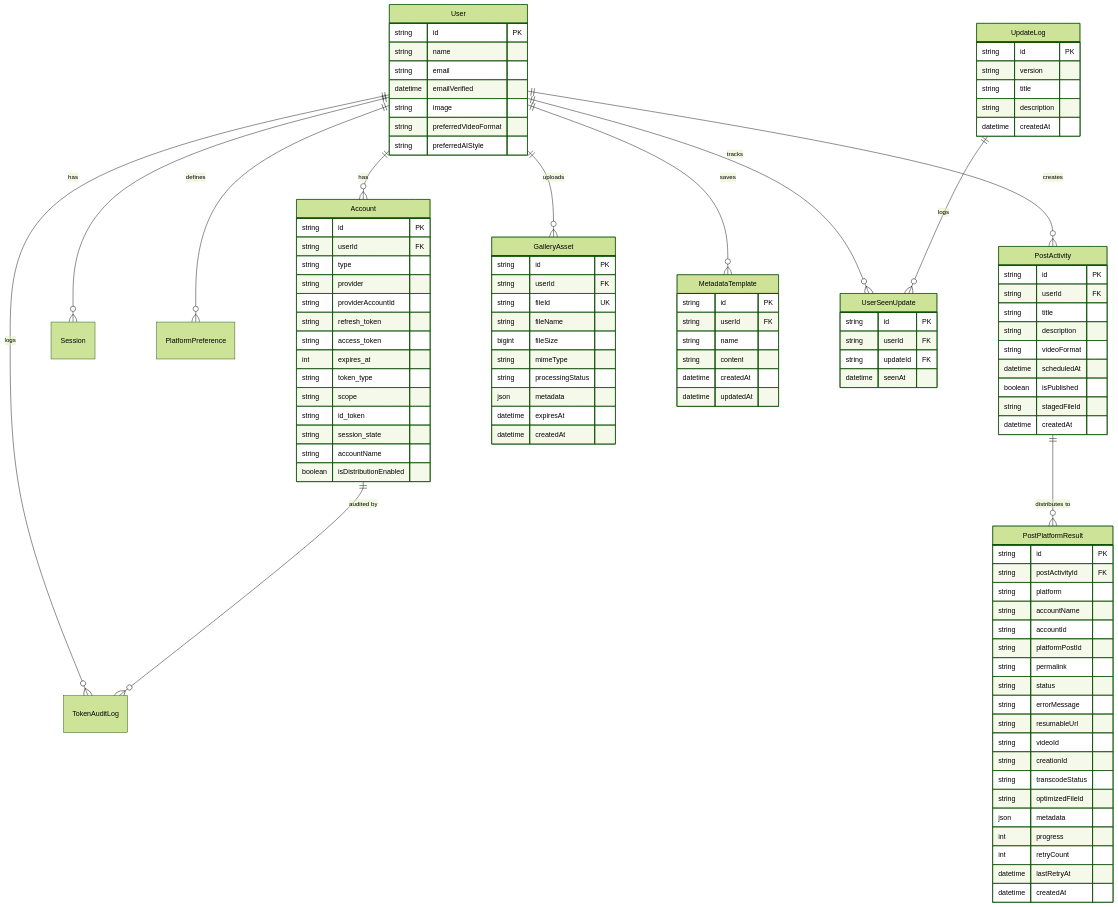
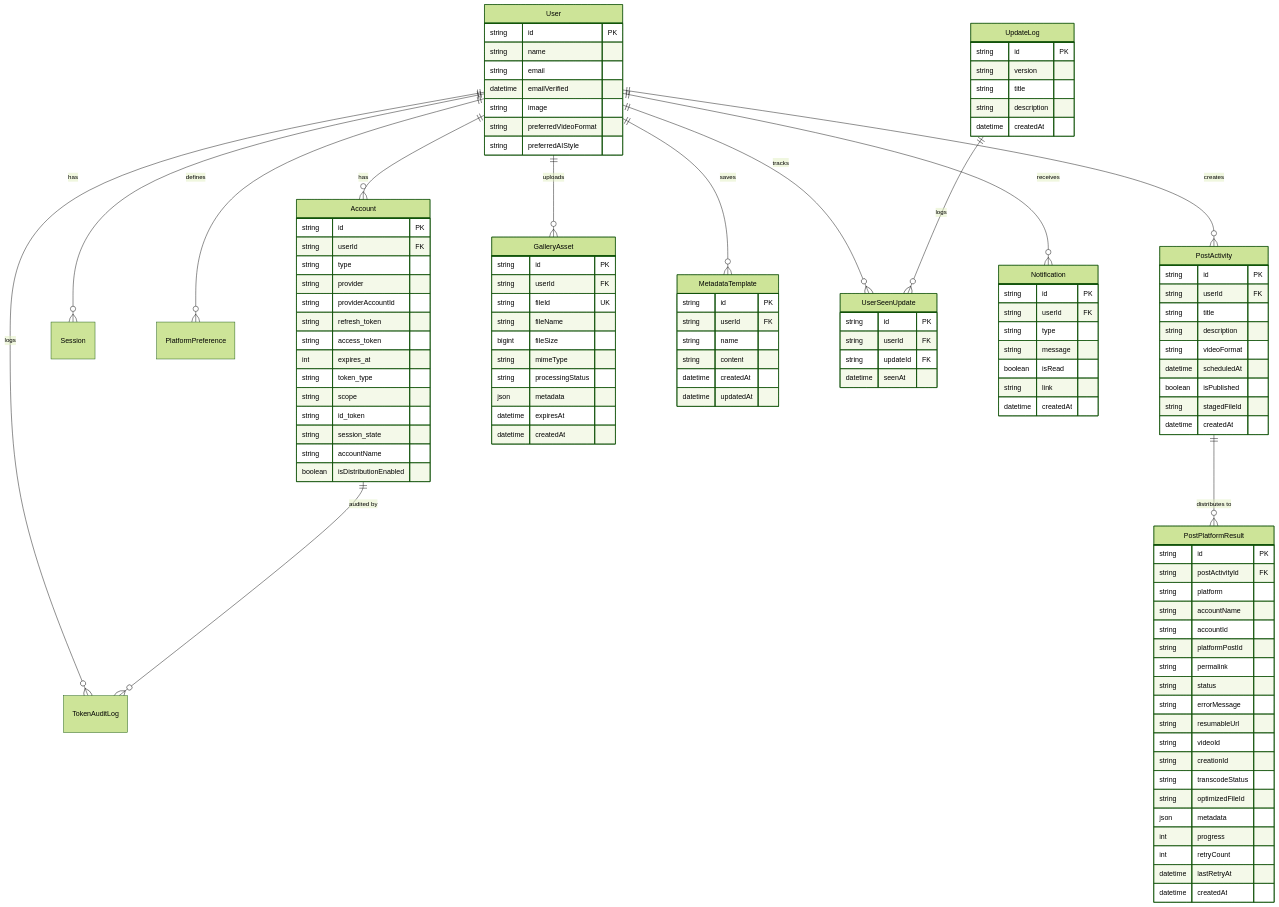
The diagram in docs/architecture/DATA_MODEL.md (thoufeeque22/directly.social), drawn with Mermaid (forest theme) before and after one commit. The commit also changed 3 other files, not shown here.

````diff
--- a/docs/architecture/DATA_MODEL.md
+++ b/docs/architecture/DATA_MODEL.md
@@ -12,6 +12,7 @@
     User ||--o{ TokenAuditLog : "logs"
     User ||--o{ MetadataTemplate : "saves"
     User ||--o{ UserSeenUpdate : "tracks"
+    User ||--o{ Notification : "receives"
     UpdateLog ||--o{ UserSeenUpdate : "logs"
 
     Account ||--o{ TokenAuditLog : "audited by"
@@ -115,4 +116,14 @@
         string updateId FK
         datetime seenAt
     }
+
+    Notification {
+        string id PK
+        string userId FK
+        string type
+        string message
+        boolean isRead
+        string link
+        datetime createdAt
+    }
 ```
````
